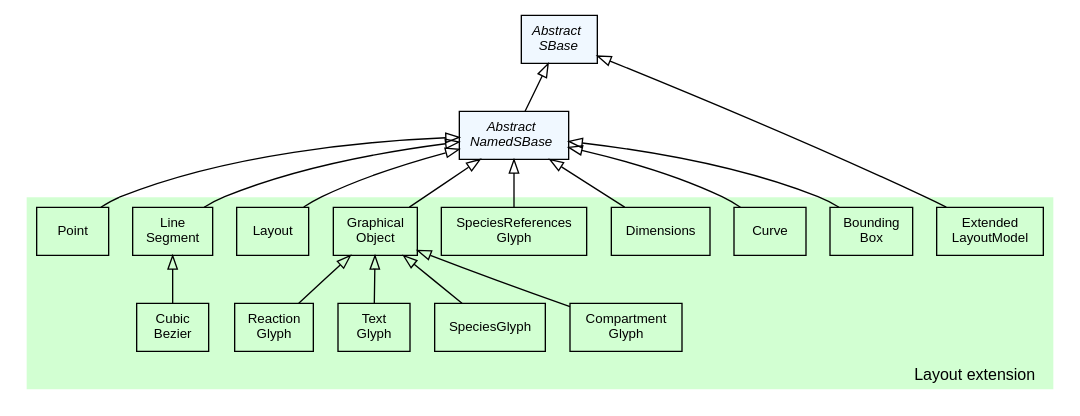
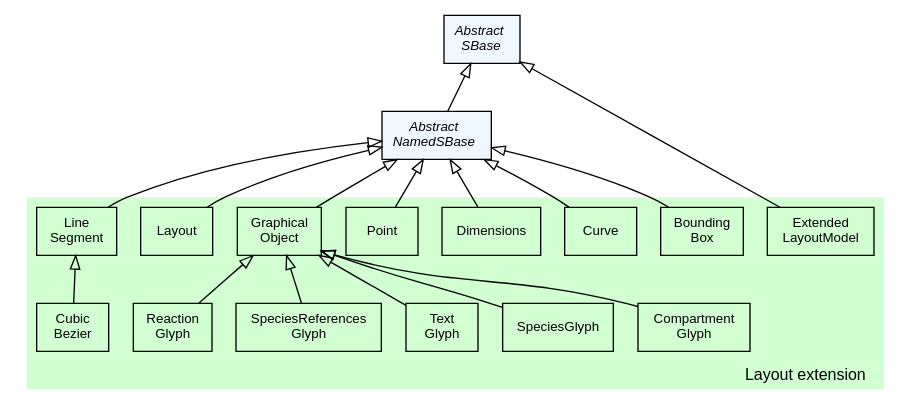
The diagram in extensions/layout/doc/img/type_hierarchy.dot (sbmlteam/jsbml), drawn with Graphviz before and after one commit. The commit also changed 21 other files, not shown here.

```diff
--- a/extensions/layout/doc/img/type_hierarchy.dot
+++ b/extensions/layout/doc/img/type_hierarchy.dot
@@ -1,100 +1,100 @@
 #!/usr/local/bin/dot
 #
 # dot -Tpdf type_hierarchy.dot -otype_hierarchy.pdf && acroread type_hierarchy.pdf &
 # dot -Tpng type_hierarchy.dot -otype_hierarchy.png
 #
 # $Id$
 # $URL$
 # $Rev$
 
 /*
  * Overview of the layout extension type hierarchy
  */
 
 strict digraph G{
 
 	 nodesep=0.25;
 	 ranksep=0.5;
 
 	 edge [
 	   fontname="Helvetica",
 	   fontsize=10,
 	   labelfontname="Helvetica",
 	   labelfontsize=10
 	 ];
 	 node [
 	   fontname="Helvetica",
 	   fontsize=10,
 	   shape=box
 	 ];
 	 
 	 /*
    * Abstract data types
    */
   AbstractNamedSBase                       [label=<<font face="Helvetica-Oblique">Abstract<br/>NamedSBase</font>>, style="filled", fillcolor="#F0F8FF"];
   AbstractSBase                            [label=<<font face="Helvetica-Oblique">Abstract<br/>SBase</font>>, style="filled", fillcolor="#F0F8FF"];
   
   
   /*********************
    * Inheritance graph *
    *********************/
   
   AbstractSBase              -> AbstractNamedSBase         [dir=back,arrowtail=empty];
   
    
   subgraph clusterLayout {
     fontname="Helvetica";
     fontsize=12;
     style="filled";
     fillcolor="#d2ffd2"
     color="#ffffff"
     label="Layout extension";
     labelloc=b;
     labeljust=r;
 
     // Interfaces
 
     // Enums
     //SpeciesReferenceRole                   [label="SpeciesReference\nRole"];
     
     // Objects
     BoundingBox                            [label="Bounding\nBox"];
     CompartmentGlyph                       [label="Compartment\nGlyph"];
     CubicBezier                            [label="Cubic\nBezier"];
     Curve                                  [label="Curve"];
     Dimensions                             [label="Dimensions"];
     ExtendedLayoutModel                    [label="Extended\nLayoutModel"];
     GraphicalObject                        [label="Graphical\nObject"];
     Layout                                 [label="Layout"];
     // LayoutParser                        [label="Layout\nParser"];
     LineSegment                            [label="Line\nSegment"];
     Point                                  [label="Point"];
     ReactionGlyph                          [label="Reaction\nGlyph"];
     SpeciesReferencesGlyph                 [label="SpeciesReferences\nGlyph"];
     TextGlyph                              [label="Text\nGlyph"];
     
     /*
      * Inheritance graph
      */
      GraphicalObject    -> CompartmentGlyph       [dir=back,arrowtail=empty];
      GraphicalObject    -> ReactionGlyph          [dir=back,arrowtail=empty];
      GraphicalObject    -> SpeciesGlyph           [dir=back,arrowtail=empty];
+     GraphicalObject    -> SpeciesReferencesGlyph [dir=back,arrowtail=empty];
      GraphicalObject    -> TextGlyph              [dir=back,arrowtail=empty];
      LineSegment        -> CubicBezier            [dir=back,arrowtail=empty];
    }
    
    /*********************
     * Inheritance graph *
     *********************/
    
    AbstractNamedSBase -> BoundingBox            [dir=back,arrowtail=empty];
    AbstractNamedSBase -> Curve                  [dir=back,arrowtail=empty];
    AbstractNamedSBase -> Dimensions             [dir=back,arrowtail=empty];
    AbstractNamedSBase -> GraphicalObject        [dir=back,arrowtail=empty];
-   AbstractNamedSBase -> SpeciesReferencesGlyph [dir=back,arrowtail=empty];
    AbstractNamedSBase -> Layout                 [dir=back,arrowtail=empty];
    AbstractNamedSBase -> LineSegment            [dir=back,arrowtail=empty];
    AbstractNamedSBase -> Point                  [dir=back,arrowtail=empty];
    AbstractSBase      -> ExtendedLayoutModel    [dir=back,arrowtail=empty];    
 
 }
```
